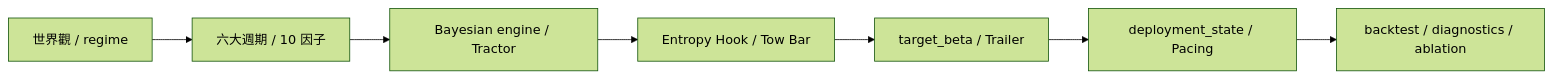
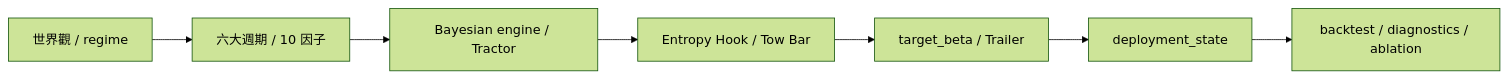
Before and after one commit to yutaofr/qqq-buyer-monitor: the first of 3 diagrams in WIKI_TC.md, drawn with Mermaid (forest theme). The commit also changed other lines of this file, not shown here.

Commit message:
docs: full-scale enrichment of wiki with v14 MT&T architecture (zero-truncation)

````diff
--- a/WIKI_TC.md
+++ b/WIKI_TC.md
@@ -31,9 +34,9 @@
 ```mermaid
 flowchart LR
     A[世界觀 / regime] --> B[六大週期 / 10 因子]
     B --> C[Bayesian engine / Tractor]
     C --> D[Entropy Hook / Tow Bar]
     D --> E[target_beta / Trailer]
-    E --> F[deployment_state / Pacing]
+    E --> F[deployment_state]
     F --> G[backtest / diagnostics / ablation]
 ```
````
